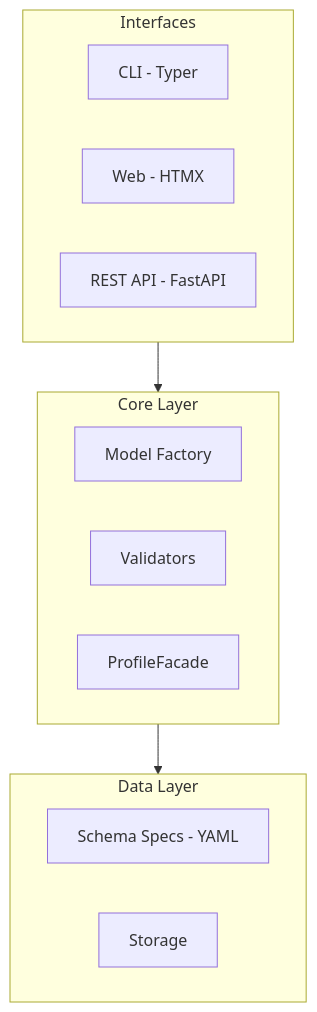
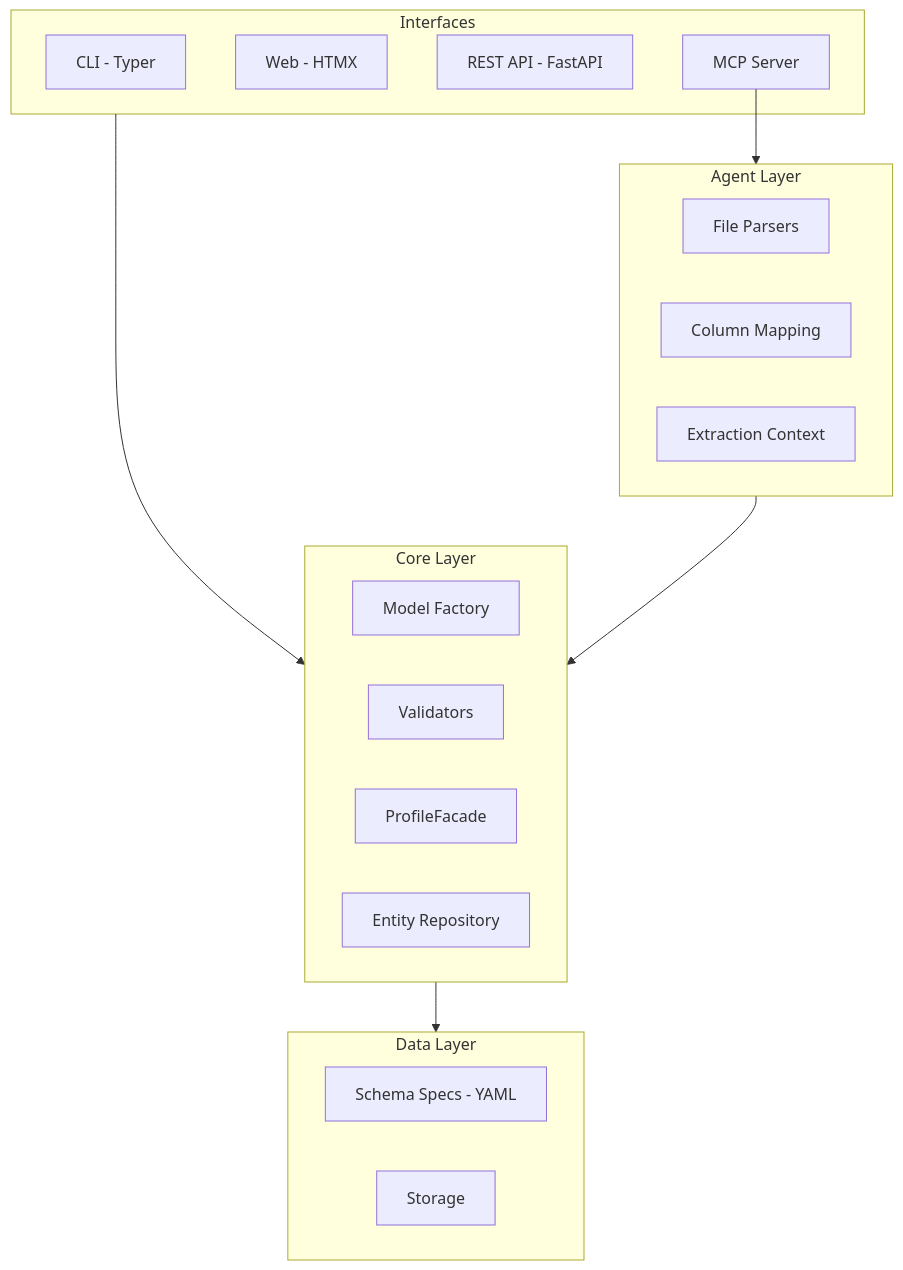
The diagram in docs/architecture/overview.md (sorenwacker/metaseed), drawn with Mermaid before and after one commit. The commit also changed other lines of this file, not shown here.

Commit message:
Update architecture overview with MCP server and agent layer

````diff
--- a/docs/architecture/overview.md
+++ b/docs/architecture/overview.md
@@ -5,22 +5,32 @@
 ```mermaid
 graph TB
     subgraph Interfaces
         CLI[CLI - Typer]
         Web[Web - HTMX]
         API[REST API - FastAPI]
+        MCP[MCP Server]
     end
 
     subgraph Core["Core Layer"]
         Factory[Model Factory]
         Validators
         Facade[ProfileFacade]
+        Repos[Entity Repository]
     end
 
     subgraph Data["Data Layer"]
         Specs[Schema Specs - YAML]
         Storage
     end
 
+    subgraph Agent["Agent Layer"]
+        Parsers[File Parsers]
+        Mapping[Column Mapping]
+        Extract[Extraction Context]
+    end
+
     Interfaces --> Core
     Core --> Data
+    MCP --> Agent
+    Agent --> Core
 ```
````
